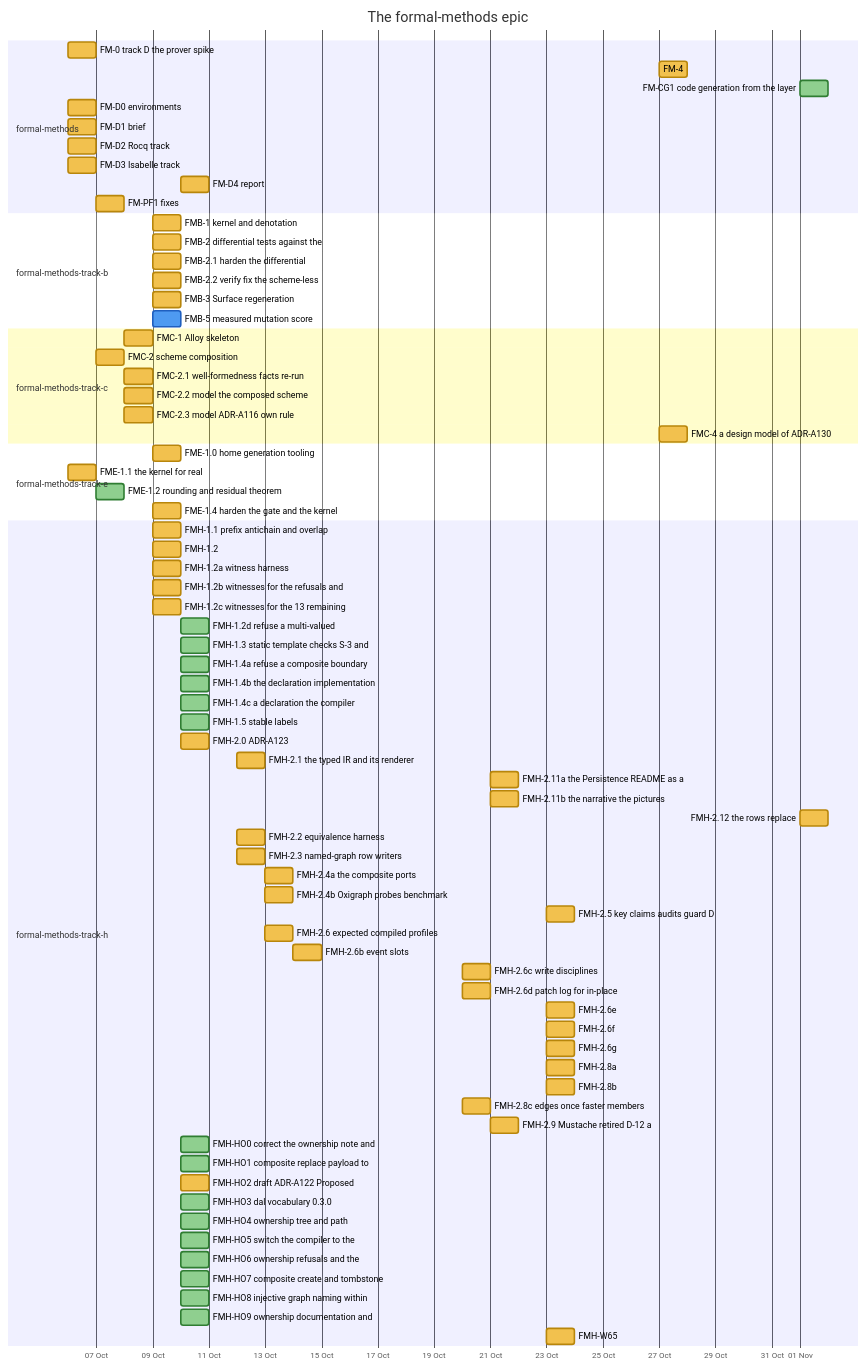
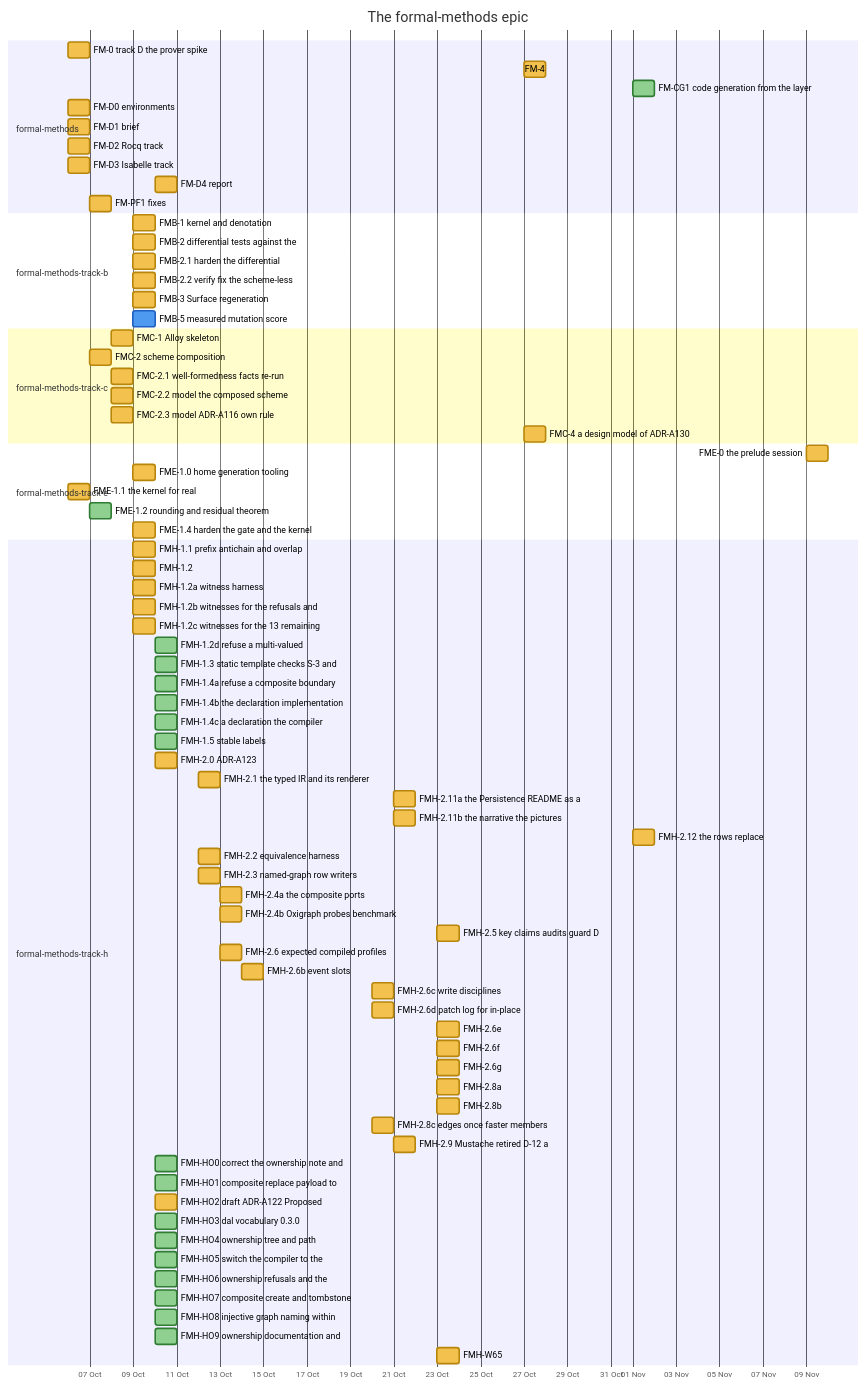
The third of 31 diagrams in docs/developer/ROADMAP.md (nebularis/lattice), drawn with Mermaid before and after one commit. The commit also changed other lines of this file, not shown here.

First line of the commit message:
docs(roadmap): FME-0 and LG-8 built on machine S

````diff
--- a/docs/developer/ROADMAP.md
+++ b/docs/developer/ROADMAP.md
@@ -114,80 +114,81 @@
 ```mermaid
 %%{init: {"themeVariables": {"taskBkgColor": "#f2c14e", "taskBorderColor": "#b8860b", "taskTextColor": "#000000", "activeTaskBkgColor": "#4e9af1", "activeTaskBorderColor": "#1f5fbf", "activeTaskBorderColor": "#1f5fbf", "doneTaskBkgColor": "#8fcf8f", "doneTaskBorderColor": "#2f7d32", "critBkgColor": "#f28b82", "critBorderColor": "#b23a30", "taskTextDarkColor": "#000000", "taskTextLightColor": "#000000"}}}%%
 gantt
     title The formal-methods epic
     dateFormat YYYY-MM-DD
     axisFormat %d %b
     section formal-methods
     FM-0 track D the prover spike :fm0, 2026-10-06, 2026-10-07
     FM-4 :fm4, 2026-10-27, 2026-10-28
     FM-CG1 code generation from the layer :done, fmcg1, 2026-11-01, 2026-11-02
     FM-D0 environments :fmd0, 2026-10-06, 2026-10-07
     FM-D1 brief :fmd1, 2026-10-06, 2026-10-07
     FM-D2 Rocq track :fmd2, 2026-10-06, 2026-10-07
     FM-D3 Isabelle track :fmd3, 2026-10-06, 2026-10-07
     FM-D4 report :fmd4, 2026-10-10, 2026-10-11
     FM-PF1 fixes :fmpf1, 2026-10-07, 2026-10-08
     section formal-methods-track-b
     FMB-1 kernel and denotation :fmb1, 2026-10-09, 2026-10-10
     FMB-2 differential tests against the :fmb2, 2026-10-09, 2026-10-10
     FMB-2.1 harden the differential :fmb21, 2026-10-09, 2026-10-10
     FMB-2.2 verify fix the scheme-less :fmb22, 2026-10-09, 2026-10-10
     FMB-3 Surface regeneration :fmb3, 2026-10-09, 2026-10-10
     FMB-5 measured mutation score :active, fmb5, 2026-10-09, 2026-10-10
     section formal-methods-track-c
     FMC-1 Alloy skeleton :fmc1, 2026-10-08, 2026-10-09
     FMC-2 scheme composition :fmc2, 2026-10-07, 2026-10-08
     FMC-2.1 well-formedness facts re-run :fmc21, 2026-10-08, 2026-10-09
     FMC-2.2 model the composed scheme :fmc22, 2026-10-08, 2026-10-09
     FMC-2.3 model ADR-A116 own rule :fmc23, 2026-10-08, 2026-10-09
     FMC-4 a design model of ADR-A130 :fmc4, 2026-10-27, 2026-10-28
     section formal-methods-track-e
+    FME-0 the prelude session :fme0, 2026-11-09, 2026-11-10
     FME-1.0 home generation tooling :fme10, 2026-10-09, 2026-10-10
     FME-1.1 the kernel for real :fme11, 2026-10-06, 2026-10-07
     FME-1.2 rounding and residual theorem :done, fme12, 2026-10-07, 2026-10-08
     FME-1.4 harden the gate and the kernel :fme14, 2026-10-09, 2026-10-10
     section formal-methods-track-h
     FMH-1.1 prefix antichain and overlap :fmh11, 2026-10-09, 2026-10-10
     FMH-1.2 :fmh12, 2026-10-09, 2026-10-10
     FMH-1.2a witness harness :fmh12a, 2026-10-09, 2026-10-10
     FMH-1.2b witnesses for the refusals and :fmh12b, 2026-10-09, 2026-10-10
     FMH-1.2c witnesses for the 13 remaining :fmh12c, 2026-10-09, 2026-10-10
     FMH-1.2d refuse a multi-valued :done, fmh12d, 2026-10-10, 2026-10-11
     FMH-1.3 static template checks S-3 and :done, fmh13, 2026-10-10, 2026-10-11
     FMH-1.4a refuse a composite boundary :done, fmh14a, 2026-10-10, 2026-10-11
     FMH-1.4b the declaration implementation :done, fmh14b, 2026-10-10, 2026-10-11
     FMH-1.4c a declaration the compiler :done, fmh14c, 2026-10-10, 2026-10-11
     FMH-1.5 stable labels :done, fmh15, 2026-10-10, 2026-10-11
     FMH-2.0 ADR-A123 :fmh20, 2026-10-10, 2026-10-11
     FMH-2.1 the typed IR and its renderer :fmh21, 2026-10-12, 2026-10-13
     FMH-2.11a the Persistence README as a :fmh211a, 2026-10-21, 2026-10-22
     FMH-2.11b the narrative the pictures :fmh211b, 2026-10-21, 2026-10-22
     FMH-2.12 the rows replace :fmh212, 2026-11-01, 2026-11-02
     FMH-2.2 equivalence harness :fmh22, 2026-10-12, 2026-10-13
     FMH-2.3 named-graph row writers :fmh23, 2026-10-12, 2026-10-13
     FMH-2.4a the composite ports :fmh24a, 2026-10-13, 2026-10-14
     FMH-2.4b Oxigraph probes benchmark :fmh24b, 2026-10-13, 2026-10-14
     FMH-2.5 key claims audits guard D :fmh25, 2026-10-23, 2026-10-24
     FMH-2.6 expected compiled profiles :fmh26, 2026-10-13, 2026-10-14
     FMH-2.6b event slots :fmh26b, 2026-10-14, 2026-10-15
     FMH-2.6c write disciplines :fmh26c, 2026-10-20, 2026-10-21
     FMH-2.6d patch log for in-place :fmh26d, 2026-10-20, 2026-10-21
     FMH-2.6e :fmh26e, 2026-10-23, 2026-10-24
     FMH-2.6f :fmh26f, 2026-10-23, 2026-10-24
     FMH-2.6g :fmh26g, 2026-10-23, 2026-10-24
     FMH-2.8a :fmh28a, 2026-10-23, 2026-10-24
     FMH-2.8b :fmh28b, 2026-10-23, 2026-10-24
     FMH-2.8c edges once faster members :fmh28c, 2026-10-20, 2026-10-21
     FMH-2.9 Mustache retired D-12 a :fmh29, 2026-10-21, 2026-10-22
     FMH-HO0 correct the ownership note and :done, fmhho0, 2026-10-10, 2026-10-11
     FMH-HO1 composite replace payload to :done, fmhho1, 2026-10-10, 2026-10-11
     FMH-HO2 draft ADR-A122 Proposed :fmhho2, 2026-10-10, 2026-10-11
     FMH-HO3 dal vocabulary 0.3.0 :done, fmhho3, 2026-10-10, 2026-10-11
     FMH-HO4 ownership tree and path :done, fmhho4, 2026-10-10, 2026-10-11
     FMH-HO5 switch the compiler to the :done, fmhho5, 2026-10-10, 2026-10-11
     FMH-HO6 ownership refusals and the :done, fmhho6, 2026-10-10, 2026-10-11
     FMH-HO7 composite create and tombstone :done, fmhho7, 2026-10-10, 2026-10-11
     FMH-HO8 injective graph naming within :done, fmhho8, 2026-10-10, 2026-10-11
     FMH-HO9 ownership documentation and :done, fmhho9, 2026-10-10, 2026-10-11
     FMH-W65 :fmhw65, 2026-10-23, 2026-10-24
 ```
````
